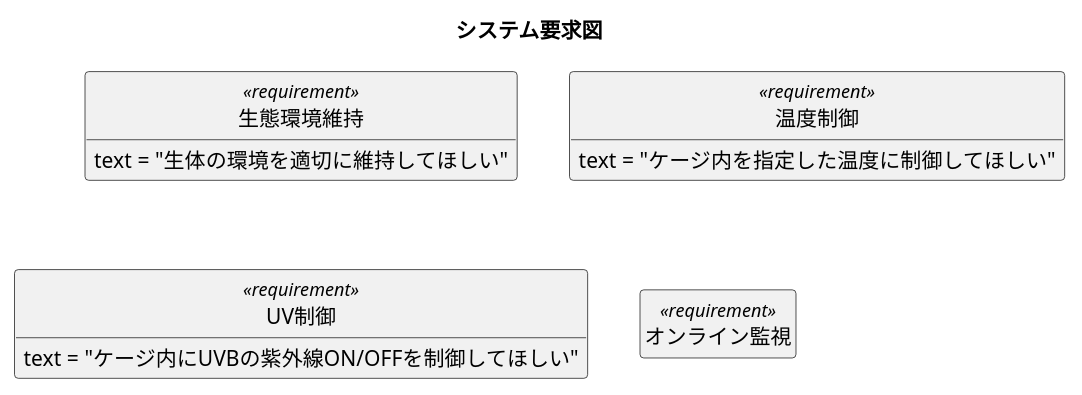
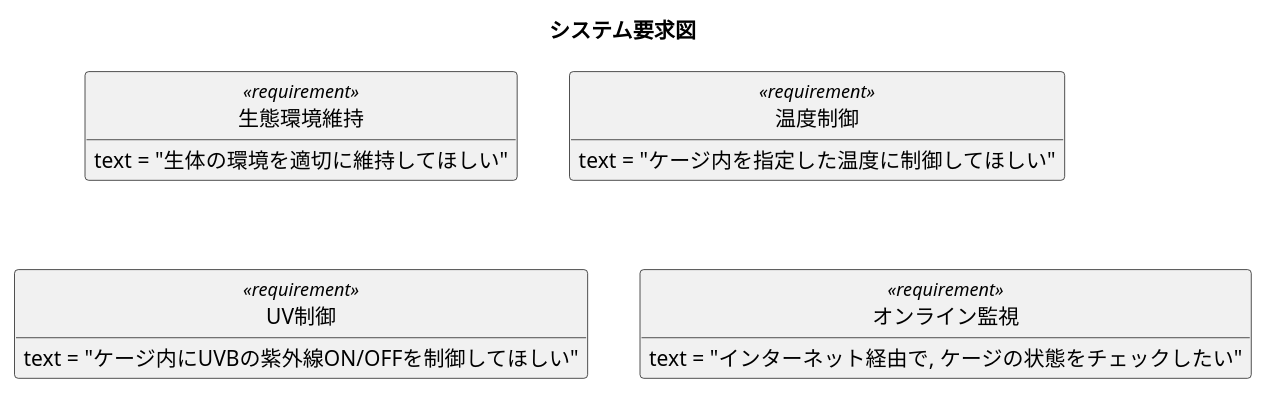
One commit to ShujiMikami/RenjiSystemProject changed the diagram in RequirementsAndSpecs/RequirementDiagram/RequirementsDiagram.plantuml. Above: the diagram before and after it, drawn with PlantUML.

Commit message:
大要求は整理

```diff
--- a/RequirementsAndSpecs/RequirementDiagram/RequirementsDiagram.plantuml
+++ b/RequirementsAndSpecs/RequirementDiagram/RequirementsDiagram.plantuml
@@ -1,22 +1,23 @@
 @startuml
 
 hide circle
 hide empty members
 hide method
 
 title システム要求図
 
 class "生態環境維持" as RequirementControlEnvironment <<requirement>>{
   text = "生体の環境を適切に維持してほしい"
 }
 class "温度制御" as RequirementTemperatureControl <<requirement>>{
   text = "ケージ内を指定した温度に制御してほしい"
 }
 class "UV制御" as RequirementUVControl <<requirement>>{
   text = "ケージ内にUVBの紫外線ON/OFFを制御してほしい"
 }
 class "オンライン監視" as RequirementOnlineConnection <<requirement>>{
+  text = "インターネット経由で, ケージの状態をチェックしたい"
 }
 
 
 @enduml
```
